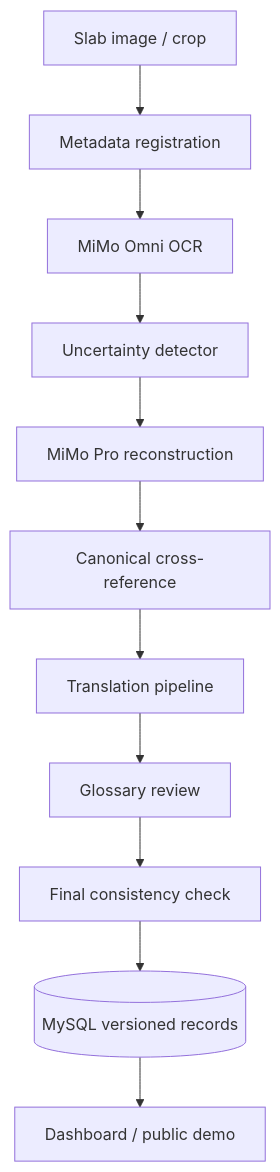
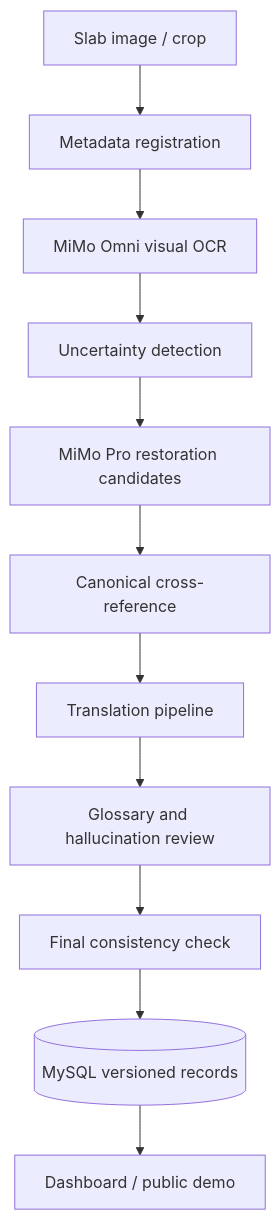
One commit to ngocquynh85/kidat-mimo-heritage-engine changed the diagram in docs/architecture.md. Above: the diagram before and after it, drawn with Mermaid. The commit also changed other lines of this file and 3 other files, not shown here.

````diff
--- a/docs/architecture.md
+++ b/docs/architecture.md
@@ -6,13 +7,13 @@
 ```mermaid
 flowchart TD
   A[Slab image / crop] --> B[Metadata registration]
-  B --> C[MiMo Omni OCR]
-  C --> D[Uncertainty detector]
-  D --> E[MiMo Pro reconstruction]
+  B --> C[MiMo Omni visual OCR]
+  C --> D[Uncertainty detection]
+  D --> E[MiMo Pro restoration candidates]
   E --> F[Canonical cross-reference]
   F --> G[Translation pipeline]
-  G --> H[Glossary review]
+  G --> H[Glossary and hallucination review]
   H --> I[Final consistency check]
   I --> J[(MySQL versioned records)]
   J --> K[Dashboard / public demo]
 ```
````
